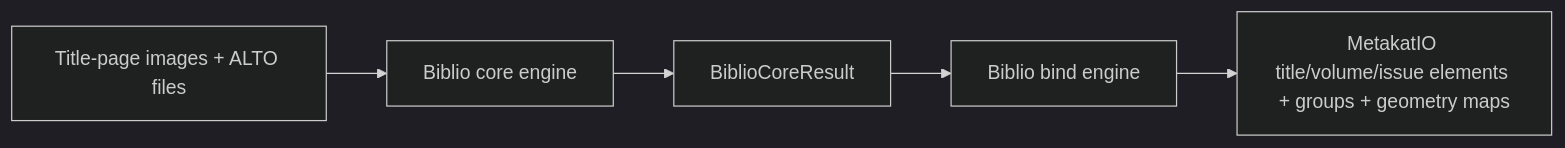
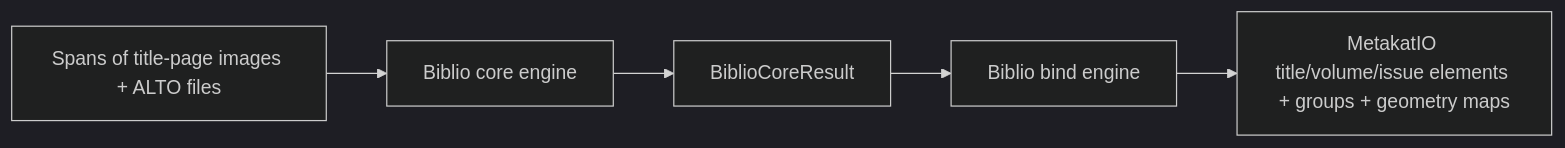
The first of 2 diagrams in metakat/biblio/README.md (DCGM/MetaKat), drawn with Mermaid (dark theme) before and after one commit. The commit also changed other lines of this file and 9 other files, not shown here.

````diff
--- a/metakat/biblio/README.md
+++ b/metakat/biblio/README.md
@@ -70,10 +75,10 @@
 ```mermaid
 flowchart LR
-    P[Title-page images + ALTO files]
+    P[Spans of title-page images + ALTO files]
     C[Biblio core engine]
     R[BiblioCoreResult]
     B[Biblio bind engine]
     M[MetakatIO title/volume/issue elements + groups + geometry maps]
 
     P --> C --> R --> B --> M
 ```
````
